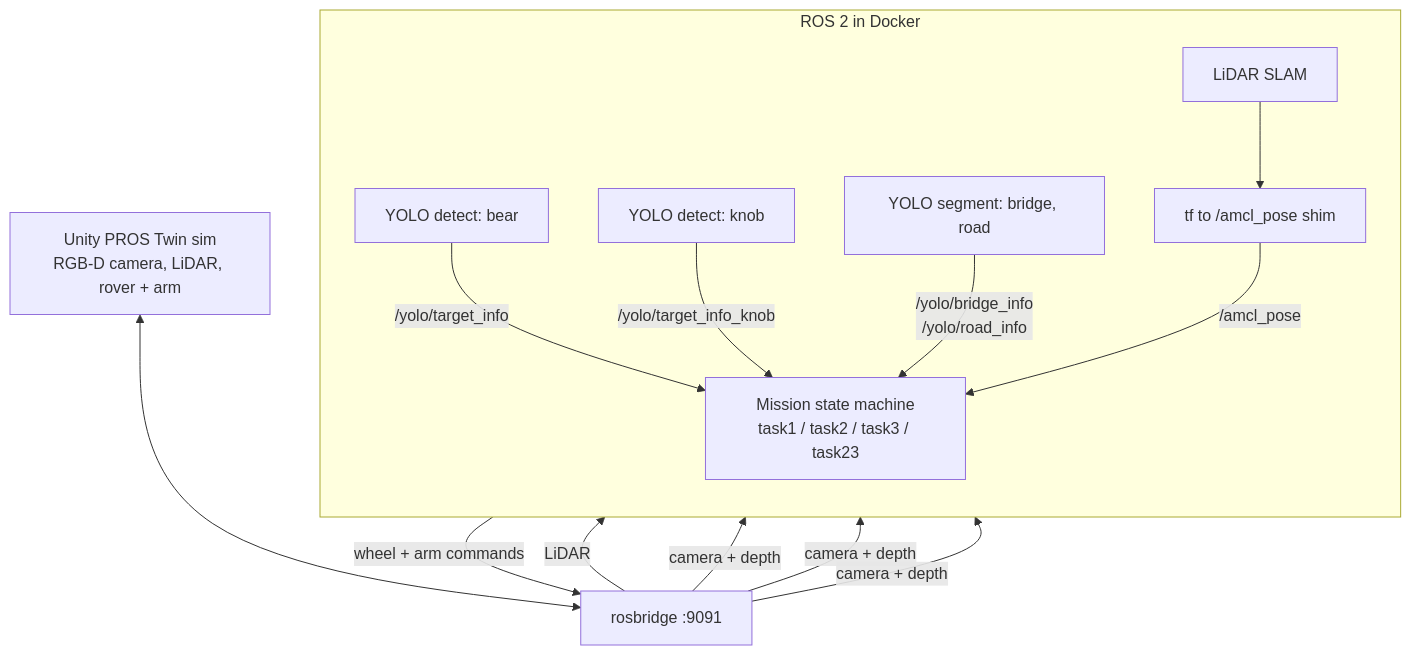
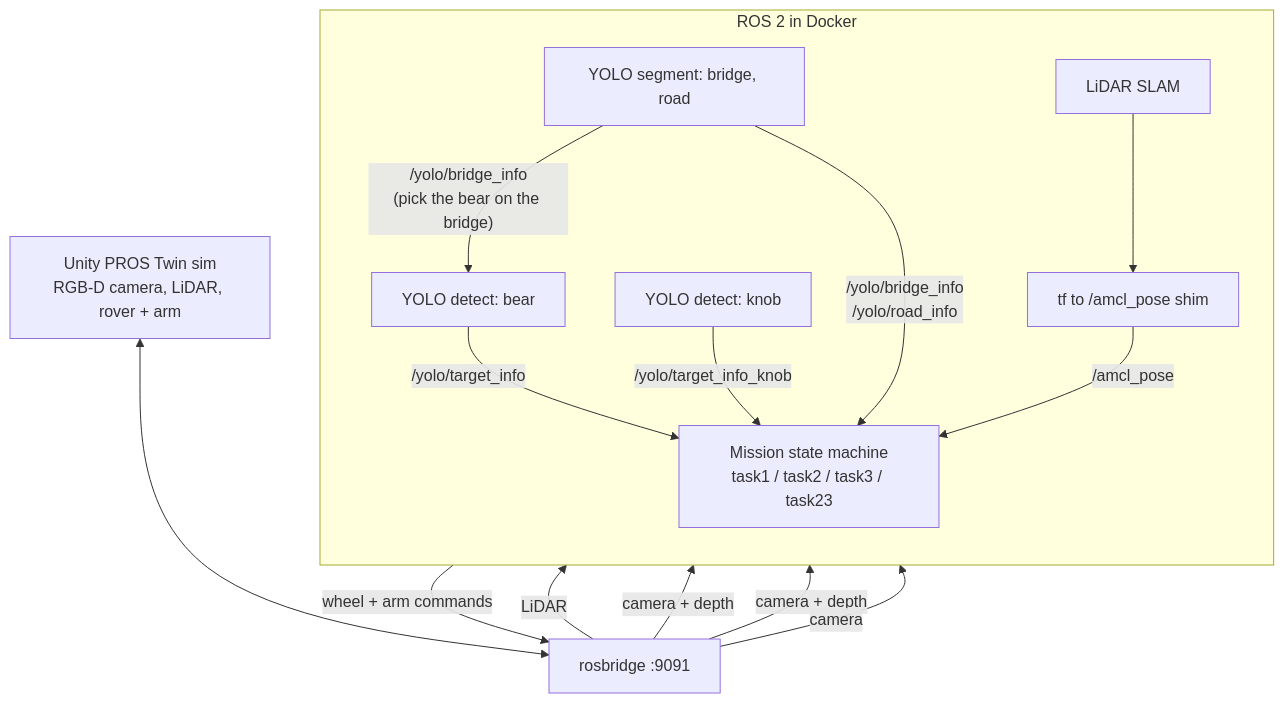
Before and after one commit to kylevirtuous1211/Robot-navigation-projects: the first of 4 diagrams in Final_Project/README.md, drawn with Mermaid. The commit also changed other lines of this file, not shown here.

````diff
--- a/Final_Project/README.md
+++ b/Final_Project/README.md
@@ -20,21 +20,23 @@
 ```mermaid
 flowchart TB
   unity["Unity PROS Twin sim<br/>RGB-D camera, LiDAR, rover + arm"]
   bridge["rosbridge :9091"]
   unity <--> bridge
   subgraph ros["ROS 2 in Docker"]
     direction TB
     slam["LiDAR SLAM"] --> shim["tf to /amcl_pose shim"]
     bear["YOLO detect: bear"]
     knob["YOLO detect: knob"]
     seg["YOLO segment: bridge, road"]
     mission["Mission state machine<br/>task1 / task2 / task3 / task23"]
+    seg -- "/yolo/bridge_info<br/>(pick the bear on the bridge)" --> bear
     bear -- "/yolo/target_info" --> mission
     knob -- "/yolo/target_info_knob" --> mission
     seg -- "/yolo/bridge_info<br/>/yolo/road_info" --> mission
     shim -- "/amcl_pose" --> mission
   end
   bridge -- "LiDAR" --> slam
-  bridge -- "camera + depth" --> bear & knob & seg
+  bridge -- "camera + depth" --> bear & knob
+  bridge -- "camera" --> seg
   mission -- "wheel + arm commands" --> bridge
 ```
````
